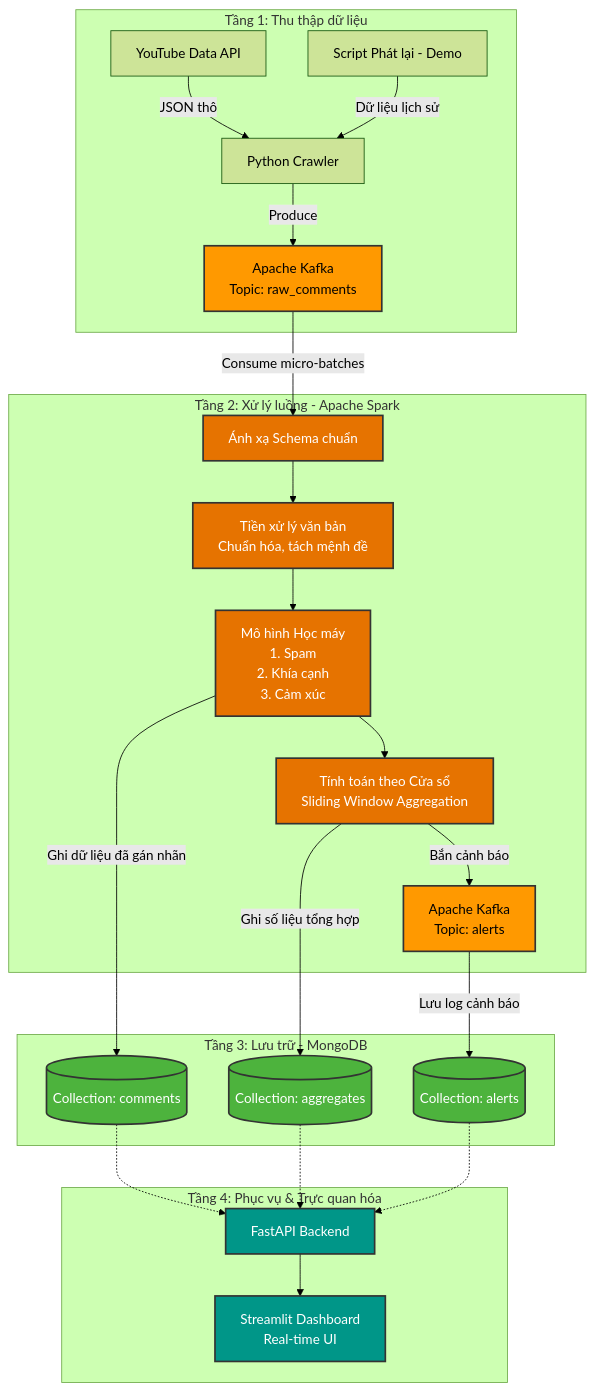
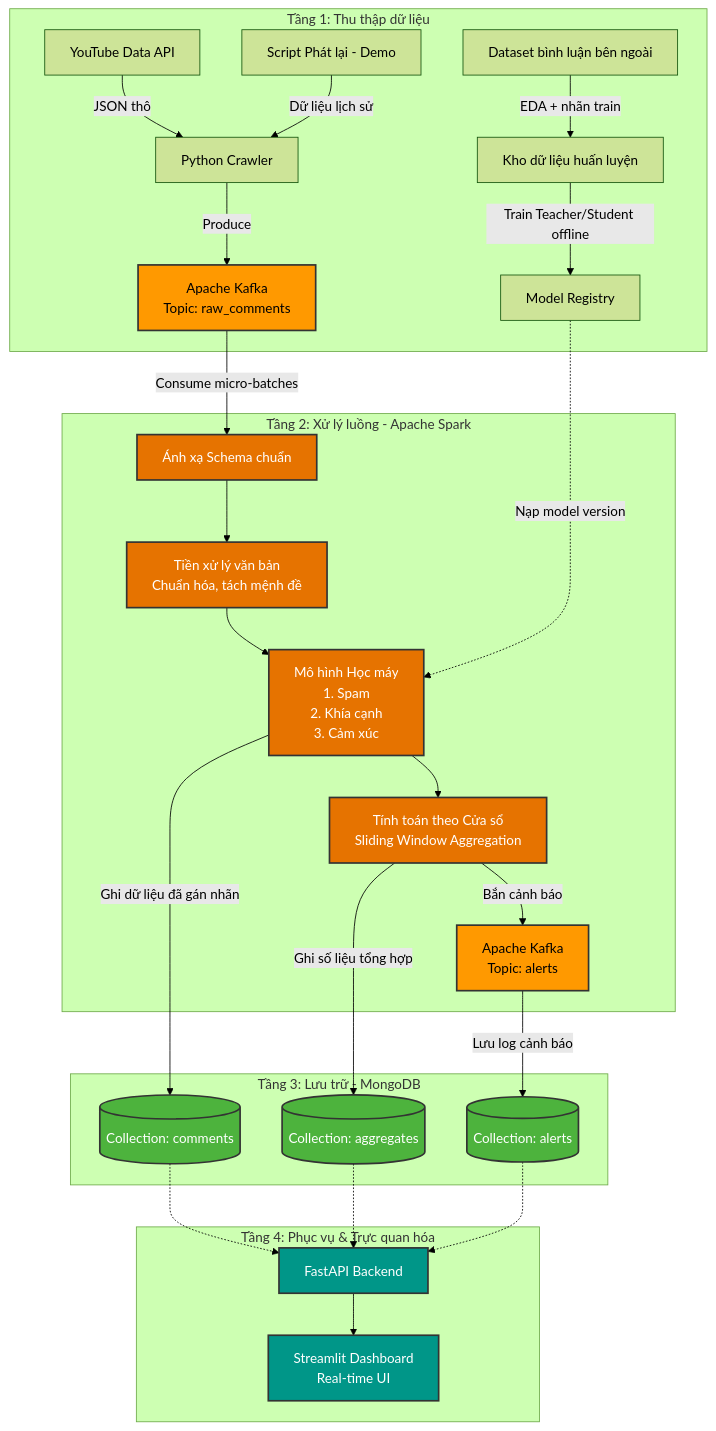
Before and after one commit to supernewbiecoder/He_thong_phan_tan_phan_tich_luong_binh_luan_sau_ra_mat_dien_thoai_tai_Viet_Nam: the diagram in docs/architecture.mmd, drawn with Mermaid (forest theme). The commit also changed 3 other files, not shown here.

```diff
--- a/docs/architecture.mmd
+++ b/docs/architecture.mmd
@@ -1,44 +1,47 @@
 %% Mục đích: Sơ đồ kiến trúc các tầng thu thập, xử lý, lưu trữ và phục vụ; cập nhật lần cuối: 2026-10-21.
 graph TD
     %% Tầng 1: Thu thập (Ingestion)
     subgraph Ingestion_Layer [Tầng 1: Thu thập dữ liệu]
+        External[Dataset bình luận bên ngoài] -->|EDA + nhãn train| Training[Kho dữ liệu huấn luyện]
+        Training -->|Train Teacher/Student offline| ModelRegistry[Model Registry]
         API[YouTube Data API] -->|JSON thô| Crawler[Python Crawler]
         Replay[Script Phát lại - Demo] -->|Dữ liệu lịch sử| Crawler
         Crawler -->|Produce| K_Raw[Apache Kafka<br>Topic: raw_comments]
     end
 
     %% Tầng 2: Xử lý luồng (Stream Processing)
     subgraph Stream_Processing_Layer [Tầng 2: Xử lý luồng - Apache Spark]
         K_Raw -->|Consume micro-batches| S1[Ánh xạ Schema chuẩn]
         S1 --> S2[Tiền xử lý văn bản<br>Chuẩn hóa, tách mệnh đề]
         S2 --> S3[Mô hình Học máy<br>1. Spam<br>2. Khía cạnh<br>3. Cảm xúc]
+        ModelRegistry -.->|Nạp model version| S3
         
         S3 --> S4[Tính toán theo Cửa sổ<br>Sliding Window Aggregation]
         S4 -->|Bắn cảnh báo| K_Alert[Apache Kafka<br>Topic: alerts]
     end
 
     %% Tầng 3: Lưu trữ (Storage)
     subgraph Storage_Layer [Tầng 3: Lưu trữ - MongoDB]
         S3 -->|Ghi dữ liệu đã gán nhãn| M_Comments[(Collection: comments)]
         S4 -->|Ghi số liệu tổng hợp| M_Aggs[(Collection: aggregates)]
         K_Alert -->|Lưu log cảnh báo| M_Alerts[(Collection: alerts)]
     end
 
     %% Tầng 4: Phục vụ & Hiển thị (Serving)
     subgraph Serving_Layer [Tầng 4: Phục vụ & Trực quan hóa]
         M_Comments -.-> FastAPI[FastAPI Backend]
         M_Aggs -.-> FastAPI
         M_Alerts -.-> FastAPI
         FastAPI --> Streamlit[Streamlit Dashboard<br>Real-time UI]
     end
 
     %% Styling
     classDef kafka fill:#ff9900,stroke:#333,stroke-width:2px;
     classDef spark fill:#e67300,stroke:#333,stroke-width:2px,color:#fff;
     classDef mongo fill:#4db33d,stroke:#333,stroke-width:2px,color:#fff;
     classDef api fill:#009688,stroke:#333,stroke-width:2px,color:#fff;
     
     class K_Raw,K_Alert kafka;
     class S1,S2,S3,S4 spark;
     class M_Comments,M_Aggs,M_Alerts mongo;
     class FastAPI,Streamlit api;
```
